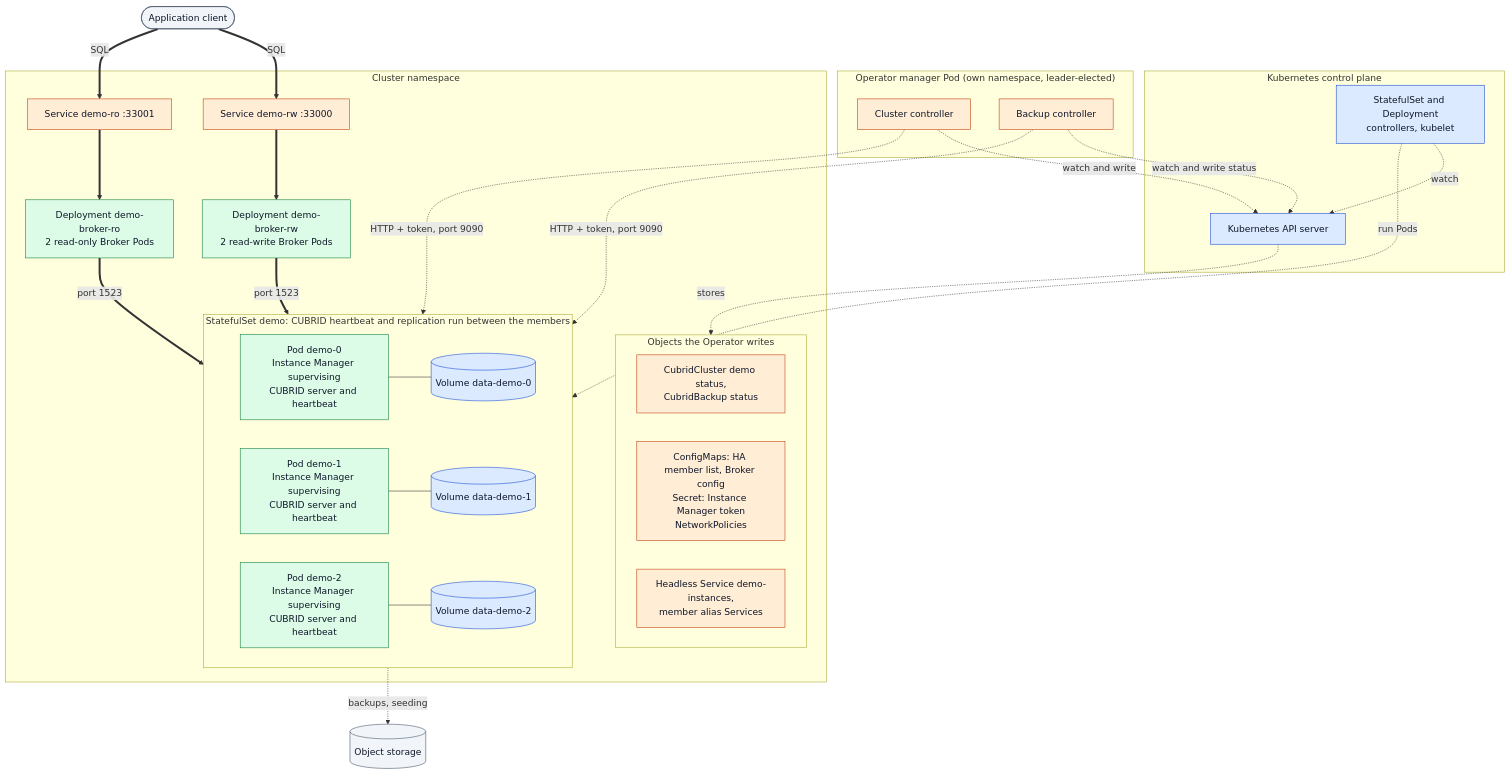
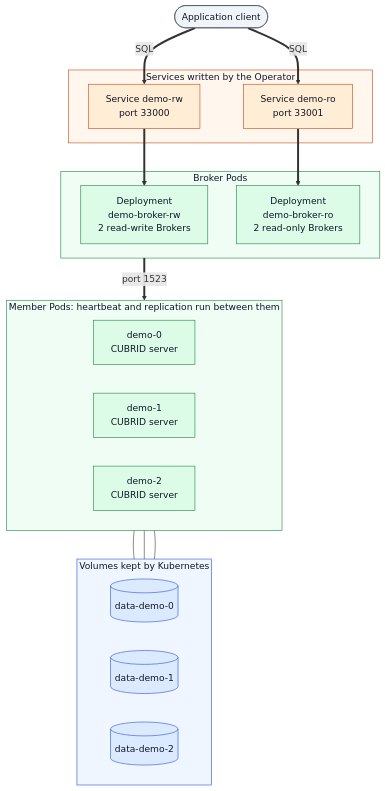
The second of 2 diagrams in docs/architecture/topology.md (cubrid-lab/cubrid-kubernetes-operator), drawn with Mermaid before and after one commit. The commit also changed other lines of this file and 4 other files, not shown here.

First line of the commit message:
docs(architecture): make the diagrams readable on GitHub and cite code by symbol

````diff
--- a/docs/architecture/topology.md
+++ b/docs/architecture/topology.md
@@ -19,61 +71,47 @@
 ```mermaid
 flowchart TB
     client(["Application client"]):::ext
 
-    subgraph cp["Kubernetes control plane"]
-        api["Kubernetes API server"]:::k8s
-        builtin["StatefulSet and Deployment<br/>controllers, kubelet"]:::k8s
+    subgraph svcs["Services written by the Operator"]
+        rw["Service demo-rw<br/>port 33000"]:::op
+        ro["Service demo-ro<br/>port 33001"]:::op
     end
 
-    subgraph mgr["Operator manager Pod (own namespace, leader-elected)"]
-        cc["Cluster controller"]:::op
-        bc["Backup controller"]:::op
+    subgraph brokers["Broker Pods"]
+        brw["Deployment<br/>demo-broker-rw<br/>2 read-write Brokers"]:::cubrid
+        bro["Deployment<br/>demo-broker-ro<br/>2 read-only Brokers"]:::cubrid
     end
 
-    subgraph appns["Cluster namespace"]
-        subgraph objs["Objects the Operator writes"]
-            crs["CubridCluster demo status,<br/>CubridBackup status"]:::op
-            cfg["ConfigMaps: HA member list, Broker config<br/>Secret: Instance Manager token<br/>NetworkPolicies"]:::op
-            dns["Headless Service demo-instances,<br/>member alias Services"]:::op
-        end
-        rw["Service demo-rw :33000"]:::op
-        ro["Service demo-ro :33001"]:::op
-        brw["Deployment demo-broker-rw<br/>2 read-write Broker Pods"]:::cubrid
-        bro["Deployment demo-broker-ro<br/>2 read-only Broker Pods"]:::cubrid
-        subgraph sts["StatefulSet demo: CUBRID heartbeat and replication run between the members"]
-            direction LR
-            m0["Pod demo-0<br/>Instance Manager supervising<br/>CUBRID server and heartbeat"]:::cubrid
-            m1["Pod demo-1<br/>Instance Manager supervising<br/>CUBRID server and heartbeat"]:::cubrid
-            m2["Pod demo-2<br/>Instance Manager supervising<br/>CUBRID server and heartbeat"]:::cubrid
-            v0[("Volume data-demo-0")]:::k8s
-            v1[("Volume data-demo-1")]:::k8s
-            v2[("Volume data-demo-2")]:::k8s
-        end
+    subgraph members["Member Pods: heartbeat and replication run between them"]
+        direction LR
+        m0["demo-0<br/>CUBRID server"]:::cubrid
+        m1["demo-1<br/>CUBRID server"]:::cubrid
+        m2["demo-2<br/>CUBRID server"]:::cubrid
     end
 
-    objstore[("Object storage")]:::ext
-
-    cc -. "watch and write" .-> api
-    bc -. "watch and write status" .-> api
-    api -. "stores" .-> objs
-    builtin -. "watch" .-> api
-    builtin -. "run Pods" .-> sts
-    cc -. "HTTP + token, port 9090" .-> sts
-    bc -. "HTTP + token, port 9090" .-> sts
+    subgraph vols["Volumes kept by Kubernetes"]
+        direction LR
+        v0[("data-demo-0")]:::k8s
+        v1[("data-demo-1")]:::k8s
+        v2[("data-demo-2")]:::k8s
+    end
 
     client == "SQL" ==> rw
     client == "SQL" ==> ro
     rw ==> brw
     ro ==> bro
-    brw == "port 1523" ==> sts
-    bro == "port 1523" ==> sts
+    brokers == "port 1523" ==> members
     m0 --- v0
     m1 --- v1
     m2 --- v2
-    sts -. "backups, seeding" .-> objstore
 
     classDef k8s fill:#dbeafe,stroke:#1d4ed8,color:#0f172a
     classDef op fill:#ffedd5,stroke:#c2410c,color:#0f172a
     classDef cubrid fill:#dcfce7,stroke:#15803d,color:#0f172a
     classDef ext fill:#f1f5f9,stroke:#475569,color:#0f172a
+
+    style svcs fill:#fff7ed,stroke:#c2410c,color:#0f172a
+    style brokers fill:#f0fdf4,stroke:#15803d,color:#0f172a
+    style members fill:#f0fdf4,stroke:#15803d,color:#0f172a
+    style vols fill:#eff6ff,stroke:#1d4ed8,color:#0f172a
 ```
````
